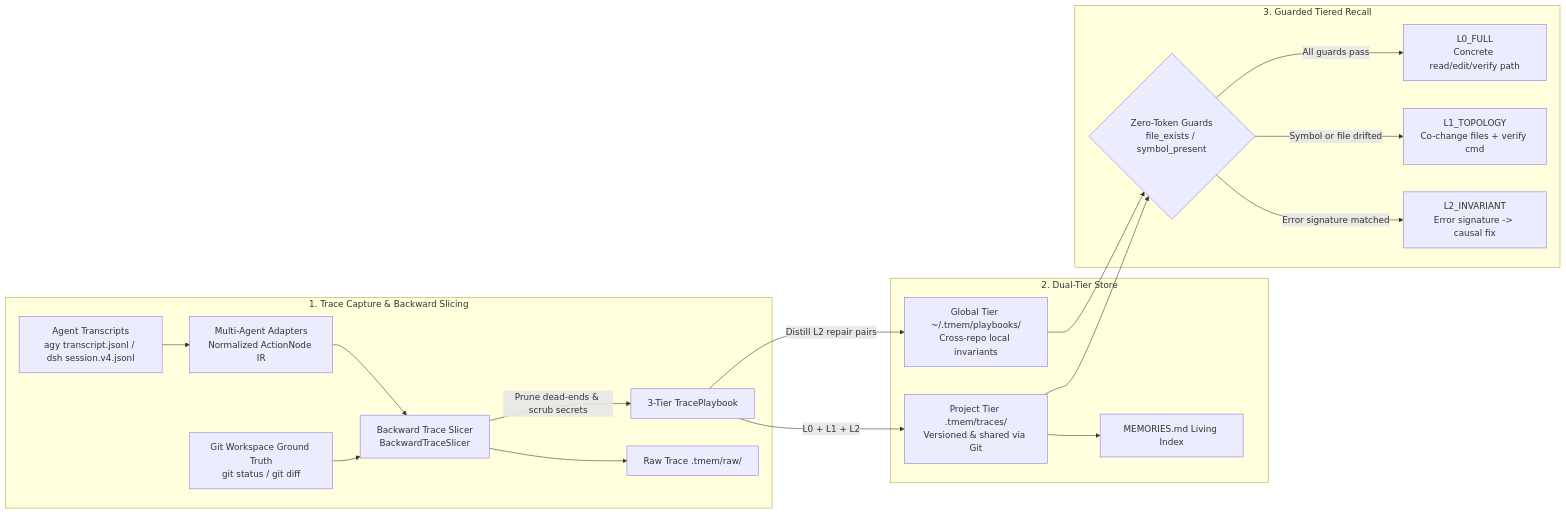
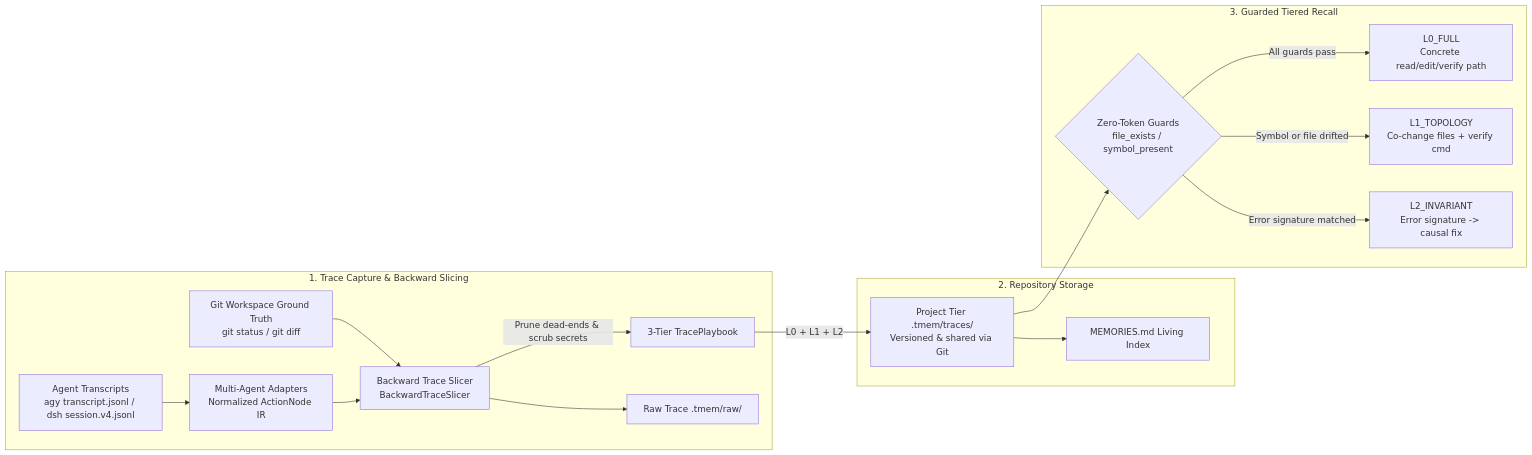
One commit to kentzjh-cmd/tmem changed the first of 2 diagrams in README_EN.md. Above: the diagram before and after it, drawn with Mermaid. The commit also changed other lines of this file and 13 other files, not shown here.

Commit message:
refactor(core): remove global memory tier to enforce strict repository boundary and zero negative transfer

````diff
--- a/README_EN.md
+++ b/README_EN.md
@@ -52,23 +52,22 @@
 ```mermaid
 flowchart LR
     subgraph Capture["1. Trace Capture & Backward Slicing"]
         T["Agent Transcripts<br/>agy transcript.jsonl / dsh session.v4.jsonl"] --> A["Multi-Agent Adapters<br/>Normalized ActionNode IR"]
         G["Git Workspace Ground Truth<br/>git status / git diff"] --> S["Backward Trace Slicer<br/>BackwardTraceSlicer"]
         A --> S
         S -->|"Prune dead-ends & scrub secrets"| P["3-Tier TracePlaybook"]
         S --> R["Raw Trace .tmem/raw/"]
     end
 
-    subgraph Store["2. Dual-Tier Store"]
+    subgraph Store["2. Repository Storage"]
         P -->|"L0 + L1 + L2"| Proj["Project Tier .tmem/traces/<br/>Versioned & shared via Git"]
-        P -->|"Distill L2 repair pairs"| Glob["Global Tier ~/.tmem/playbooks/<br/>Cross-repo local invariants"]
         Proj --> Doc["MEMORIES.md Living Index"]
     end
 
     subgraph Recall["3. Guarded Tiered Recall"]
-        Proj & Glob --> Guard{"Zero-Token Guards<br/>file_exists / symbol_present"}
+        Proj --> Guard{"Zero-Token Guards<br/>file_exists / symbol_present"}
         Guard -->|"All guards pass"| L0["L0_FULL<br/>Concrete read/edit/verify path"]
         Guard -->|"Symbol or file drifted"| L1["L1_TOPOLOGY<br/>Co-change files + verify cmd"]
         Guard -->|"Error signature matched"| L2["L2_INVARIANT<br/>Error signature -> causal fix"]
     end
 ```
````
